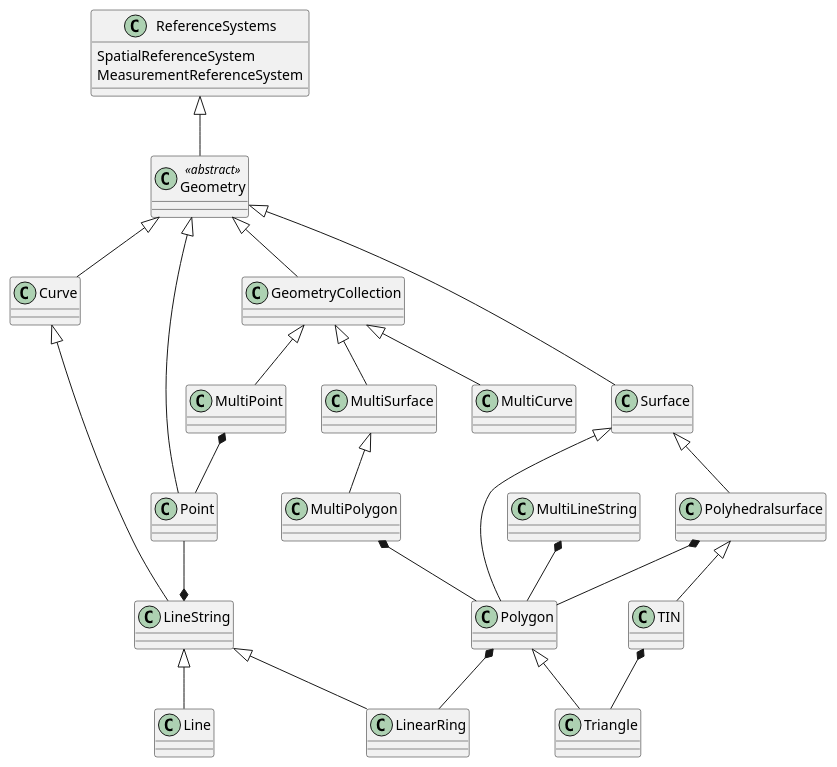
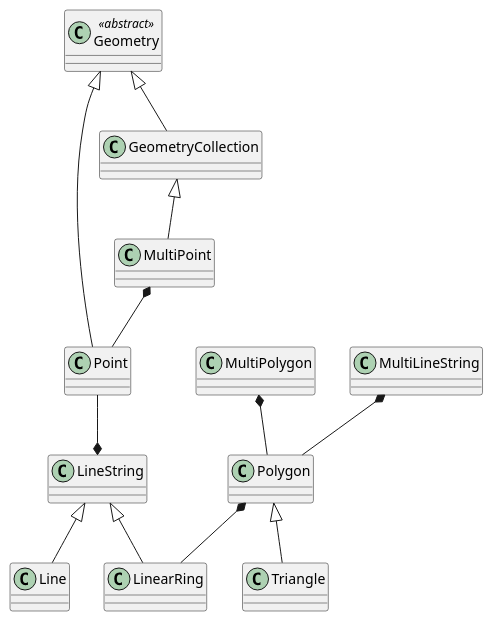
The diagram in core/UML/PlantUML/adoc/geometry.adoc (opengeospatial/styles-and-symbology), drawn with PlantUML before and after one commit.

Commit message:
Update geometry.adoc
update of the uml diagram in order to be consistent with the text

```diff
--- a/core/UML/PlantUML/adoc/geometry.adoc
+++ b/core/UML/PlantUML/adoc/geometry.adoc
@@ -3,41 +3,21 @@
 [plantuml, target=diagram-classes, format=png]
 ....
 class Geometry <<abstract>>
 
-class ReferenceSystems
-ReferenceSystems : SpatialReferenceSystem
-ReferenceSystems : MeasurementReferenceSystem
-
-ReferenceSystems <|-- Geometry
-
 Geometry <|-- Point
-Geometry <|-- Curve
-Geometry <|-- Surface
 Geometry <|-- GeometryCollection
 
-Curve <|-- LineString
 Point --* LineString
 MultiPoint *-- Point
 
-Surface <|-- Polygon
-Surface <|-- Polyhedralsurface
-
-GeometryCollection <|-- MultiSurface
-GeometryCollection <|-- MultiCurve
 GeometryCollection <|-- MultiPoint
 
 LineString <|-- Line
 LineString <|-- LinearRing
  
 Polygon *-- LinearRing
 Polygon <|-- Triangle
-TIN *-- Triangle
-
-Polyhedralsurface *-- Polygon
-Polyhedralsurface <|-- TIN
-
-MultiSurface <|-- MultiPolygon
 
 MultiPolygon *-- Polygon
 MultiLineString *-- Polygon
 ....
```
